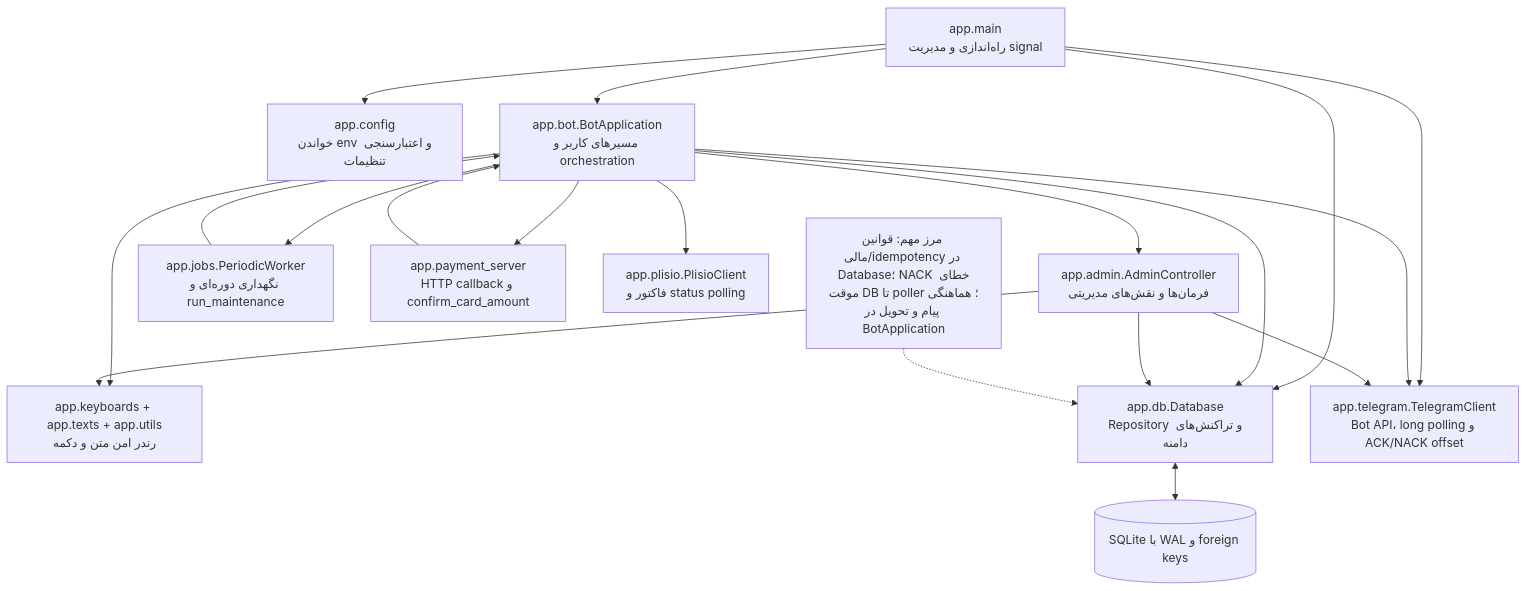
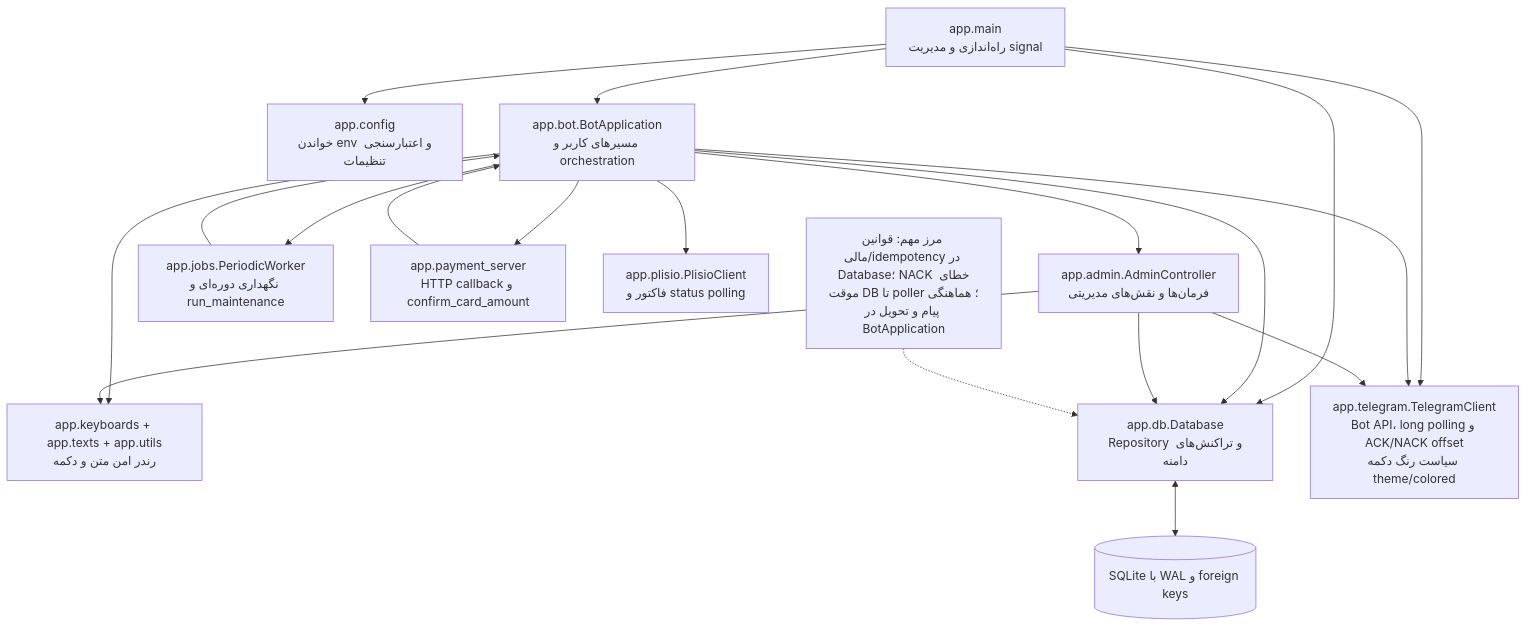
The diagram in docs/diagrams/02-component-architecture.mmd (mohamadkheiry/aibotTelegram), drawn with Mermaid before and after one commit. The commit also changed 17 other files, not shown here.

```diff
--- a/docs/diagrams/02-component-architecture.mmd
+++ b/docs/diagrams/02-component-architecture.mmd
@@ -1,33 +1,33 @@
 flowchart TB
     Entry["app.main<br/>راه‌اندازی و مدیریت signal"]
     Config["app.config<br/>خواندن env و اعتبارسنجی تنظیمات"]
     Bot["app.bot.BotApplication<br/>مسیرهای کاربر و orchestration"]
     Admin["app.admin.AdminController<br/>فرمان‌ها و نقش‌های مدیریتی"]
     UI["app.keyboards + app.texts + app.utils<br/>رندر امن متن و دکمه"]
     Repo["app.db.Database<br/>Repository و تراکنش‌های دامنه"]
-    TG["app.telegram.TelegramClient<br/>Bot API، long polling و ACK/NACK offset"]
+    TG["app.telegram.TelegramClient<br/>Bot API، long polling و ACK/NACK offset<br/>سیاست رنگ دکمه theme/colored"]
     Worker["app.jobs.PeriodicWorker<br/>نگهداری دوره‌ای و run_maintenance"]
     Card["app.payment_server<br/>HTTP callback و confirm_card_amount"]
     Crypto["app.plisio.PlisioClient<br/>فاکتور و status polling"]
     DB[("SQLite با WAL و foreign keys")]
 
     Entry --> Config
     Entry --> Repo
     Entry --> TG
     Entry --> Bot
     Bot --> Admin
     Bot --> UI
     Admin --> UI
     Bot --> Repo
     Admin --> Repo
     Bot --> TG
     Admin --> TG
     Bot --> Worker
     Worker --> Bot
     Bot --> Card
     Card --> Bot
     Bot --> Crypto
     Repo <--> DB
 
     Contract["مرز مهم: قوانین مالی/idempotency در Database؛ NACK خطای موقت DB تا poller؛ هماهنگی پیام و تحویل در BotApplication"]
     Contract -.-> Repo
```
